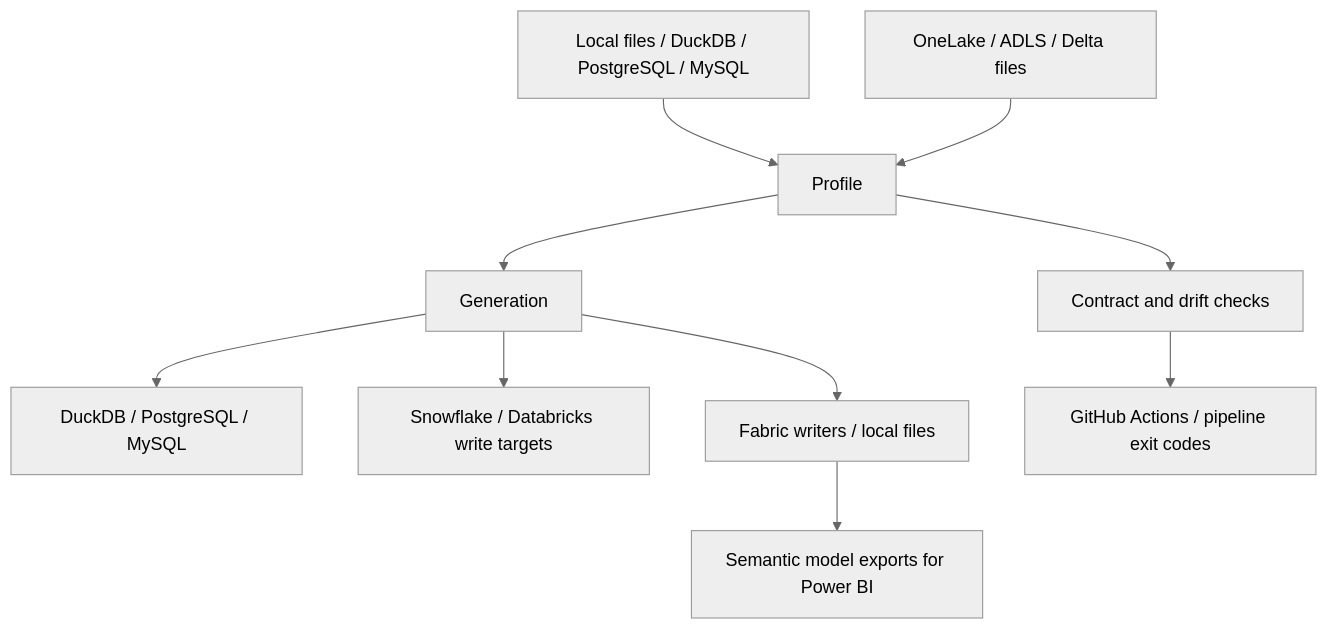
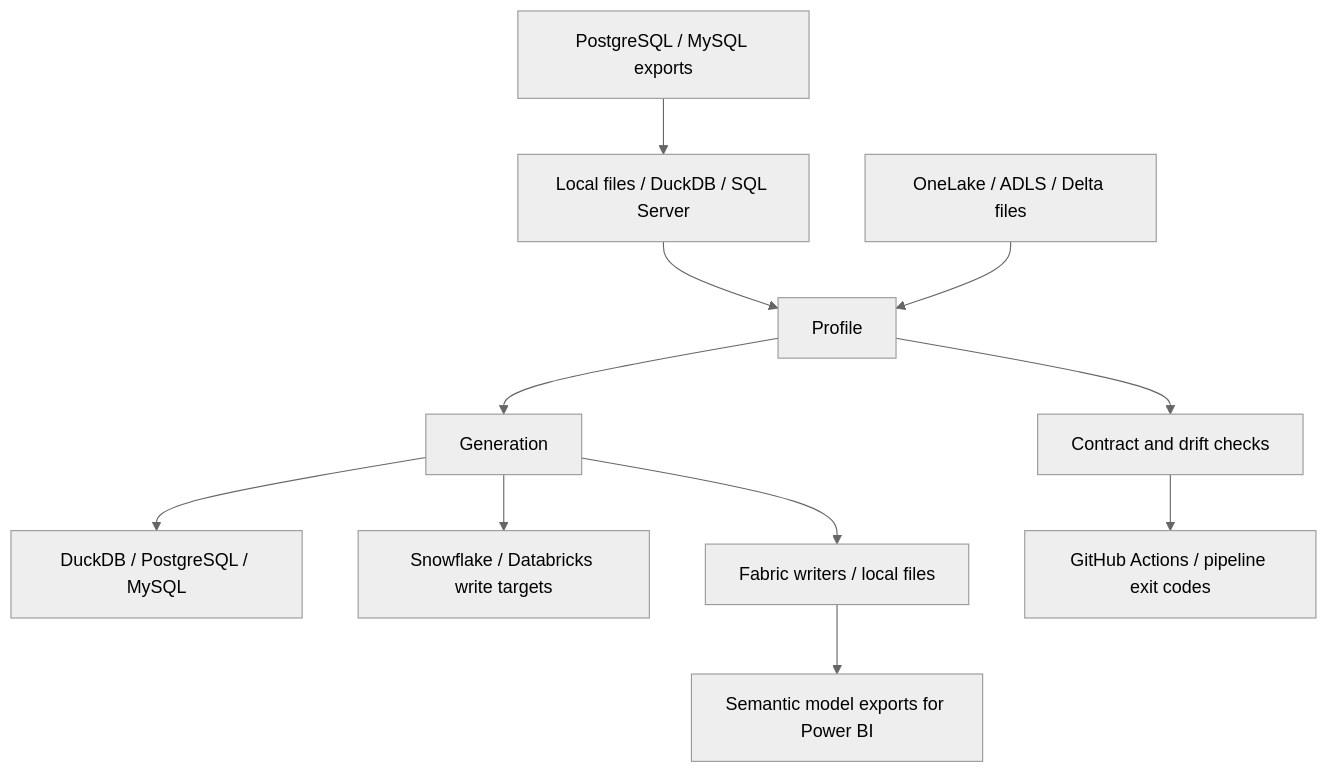
Before and after one commit to sqllocks/shape: the second of 2 diagrams in docs/index.md, drawn with Mermaid (neutral theme). The commit also changed other lines of this file and 6 other files, not shown here.

````diff
--- a/docs/index.md
+++ b/docs/index.md
@@ -30,12 +30,13 @@
 ```mermaid
 flowchart TB
-    F[Local files / DuckDB / PostgreSQL / MySQL] --> P[Profile]
+    F[Local files / DuckDB / SQL Server] --> P[Profile]
+    E[PostgreSQL / MySQL exports] --> F
     L[OneLake / ADLS / Delta files] --> P
     P --> C[Contract and drift checks]
     P --> G[Generation]
     G --> DB[DuckDB / PostgreSQL / MySQL]
     G --> W[Snowflake / Databricks write targets]
     G --> M[Fabric writers / local files]
     C --> CI[GitHub Actions / pipeline exit codes]
     M --> BI[Semantic model exports for Power BI]
 ```
````
